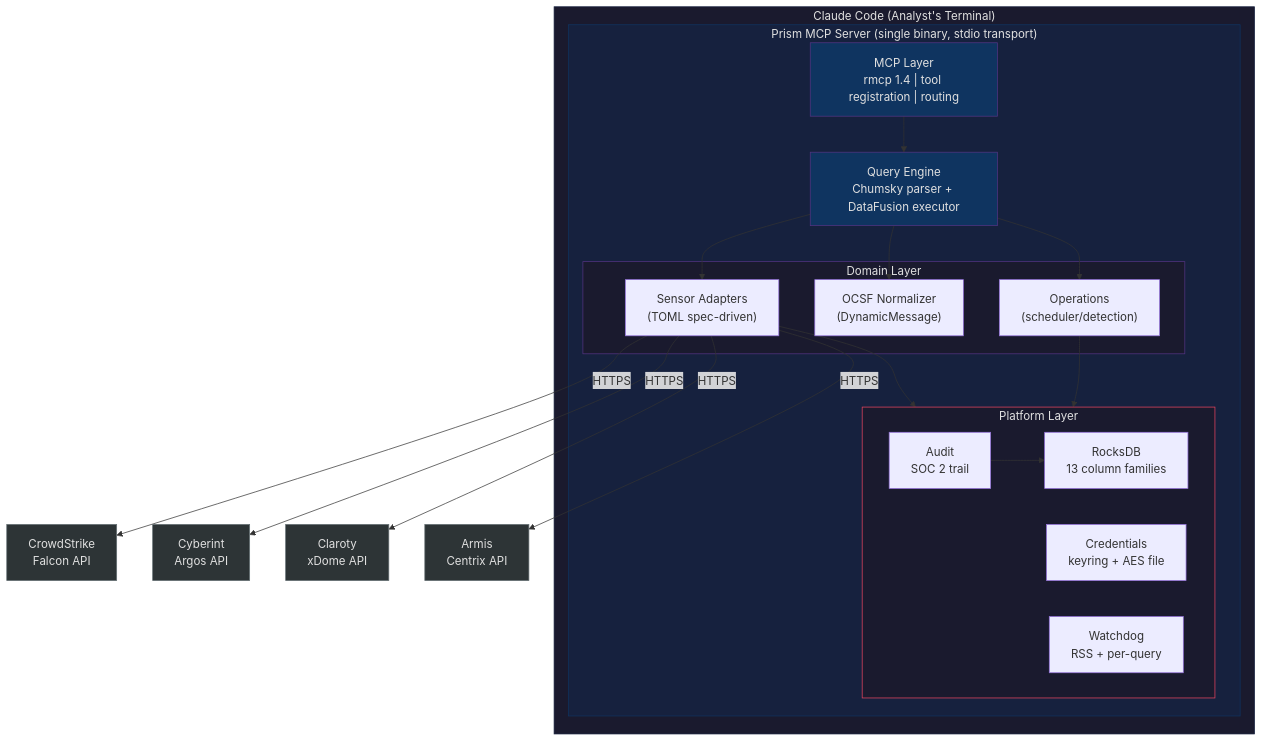
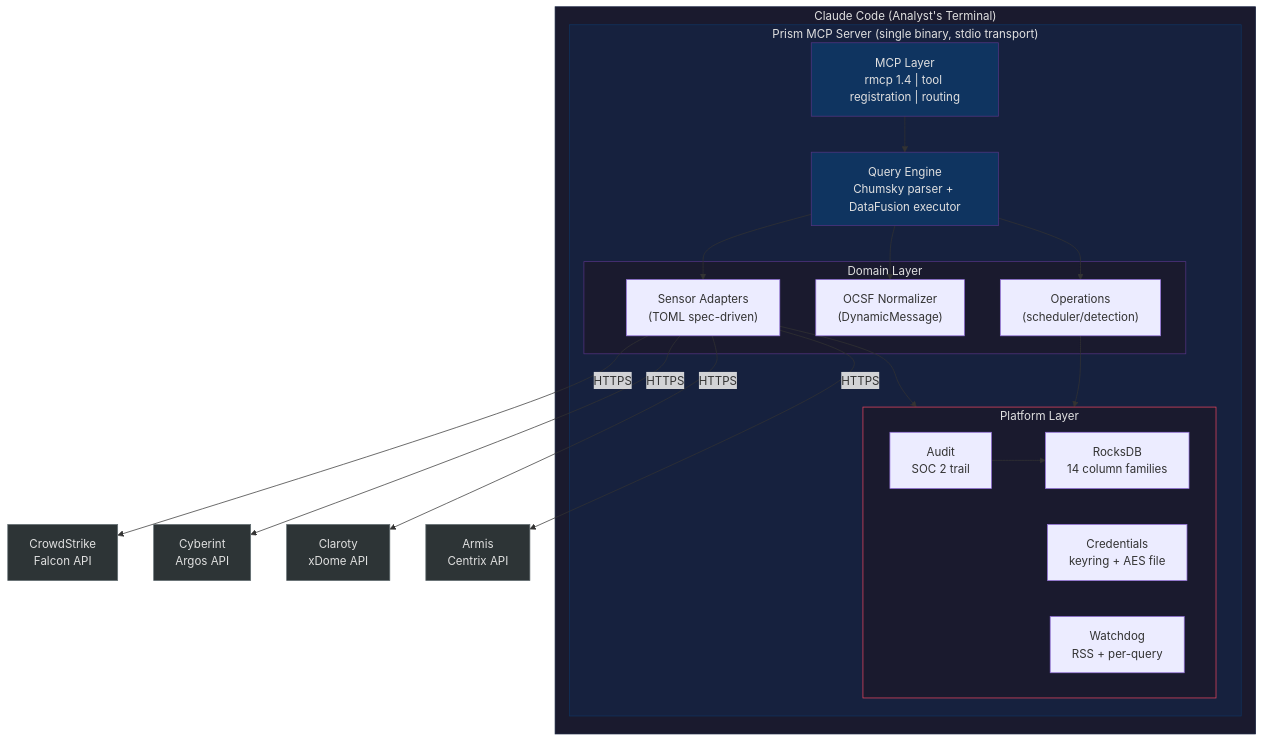
One commit to drbothen/prism changed the third of 6 diagrams in specs/architecture/system-overview.md. Above: the diagram before and after it, drawn with Mermaid. The commit also changed other lines of this file and 8 other files, not shown here.

````diff
--- a/specs/architecture/system-overview.md
+++ b/specs/architecture/system-overview.md
@@ -189,46 +199,46 @@
 ```mermaid
 graph TB
     subgraph CC["Claude Code (Analyst's Terminal)"]
         subgraph PRISM["Prism MCP Server (single binary, stdio transport)"]
             MCP["MCP Layer<br/>rmcp 1.4 | tool registration | routing"]
             QE["Query Engine<br/>Chumsky parser + DataFusion executor"]
             
             subgraph MIDDLE["Domain Layer"]
                 SA["Sensor Adapters<br/>(TOML spec-driven)"]
                 OCSF["OCSF Normalizer<br/>(DynamicMessage)"]
                 OPS["Operations<br/>(scheduler/detection)"]
             end
             
             subgraph PLATFORM["Platform Layer"]
-                ROCKS["RocksDB<br/>13 column families"]
+                ROCKS["RocksDB<br/>14 column families"]
                 CREDS["Credentials<br/>keyring + AES file"]
                 AUDIT["Audit<br/>SOC 2 trail"]
                 WATCH["Watchdog<br/>RSS + per-query"]
             end
         end
     end
 
     MCP --> QE
     QE --> SA
     QE --> OCSF
     QE --> OPS
     SA --> PLATFORM
     OPS --> PLATFORM
     AUDIT --> ROCKS
 
     SA -- "HTTPS" --> CS["CrowdStrike<br/>Falcon API"]
     SA -- "HTTPS" --> CY["Cyberint<br/>Argos API"]
     SA -- "HTTPS" --> CL["Claroty<br/>xDome API"]
     SA -- "HTTPS" --> AR["Armis<br/>Centrix API"]
 
     style CC fill:#1a1a2e,stroke:#16213e,color:#e0e0e0
     style PRISM fill:#16213e,stroke:#0f3460,color:#e0e0e0
     style MCP fill:#0f3460,stroke:#533483,color:#e0e0e0
     style QE fill:#0f3460,stroke:#533483,color:#e0e0e0
     style MIDDLE fill:#1a1a2e,stroke:#533483,color:#e0e0e0
     style PLATFORM fill:#1a1a2e,stroke:#e94560,color:#e0e0e0
     style CS fill:#2d3436,stroke:#636e72,color:#e0e0e0
     style CY fill:#2d3436,stroke:#636e72,color:#e0e0e0
     style CL fill:#2d3436,stroke:#636e72,color:#e0e0e0
     style AR fill:#2d3436,stroke:#636e72,color:#e0e0e0
 ```
````
